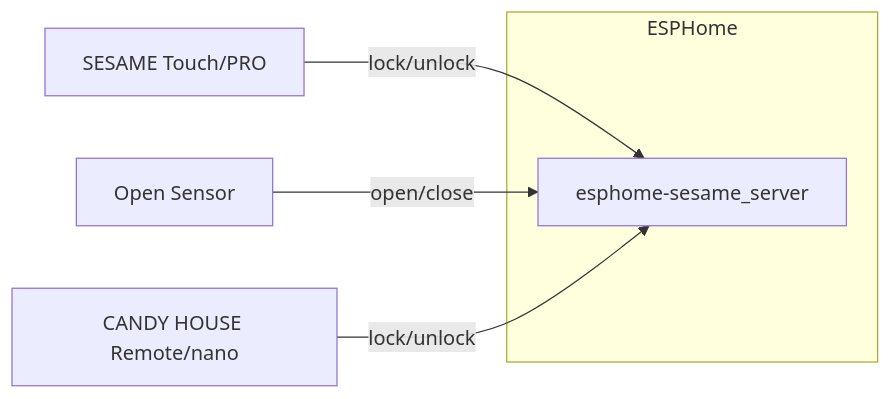
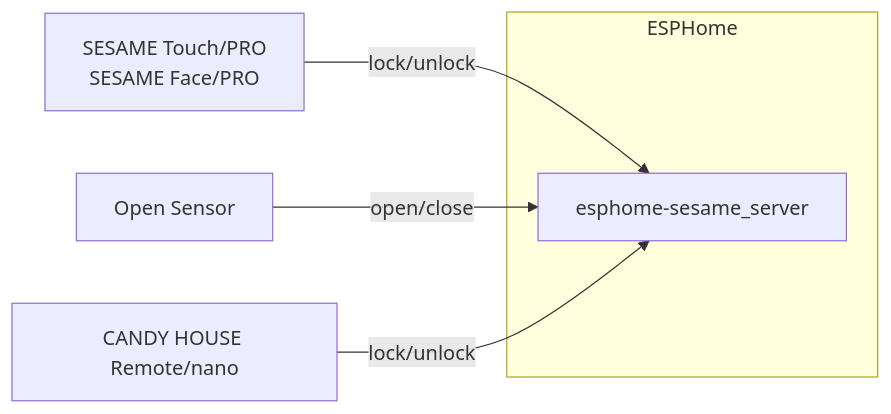
Before and after one commit to ryotn/esphome-sesame_server: the first of 4 diagrams in docs/README.md, drawn with Mermaid. The commit also changed other lines of this file and 5 other files, not shown here.

````diff
--- a/docs/README.md
+++ b/docs/README.md
@@ -5,11 +5,11 @@
 ```mermaid
 graph LR
 
 subgraph ESPHome
   server[esphome-sesame_server]
 end
 
-t[SESAME Touch/PRO] -->|lock/unlock| server
+t[SESAME Touch/PRO<br/>SESAME Face/PRO] -->|lock/unlock| server
 o[Open Sensor] -->|open/close| server
 r[CANDY HOUSE Remote/nano] -->|lock/unlock| server
 ```
````
